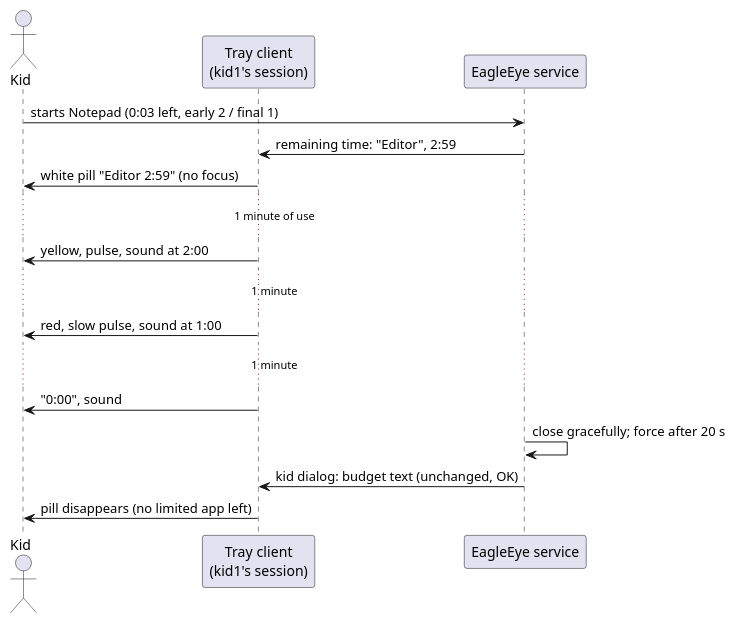
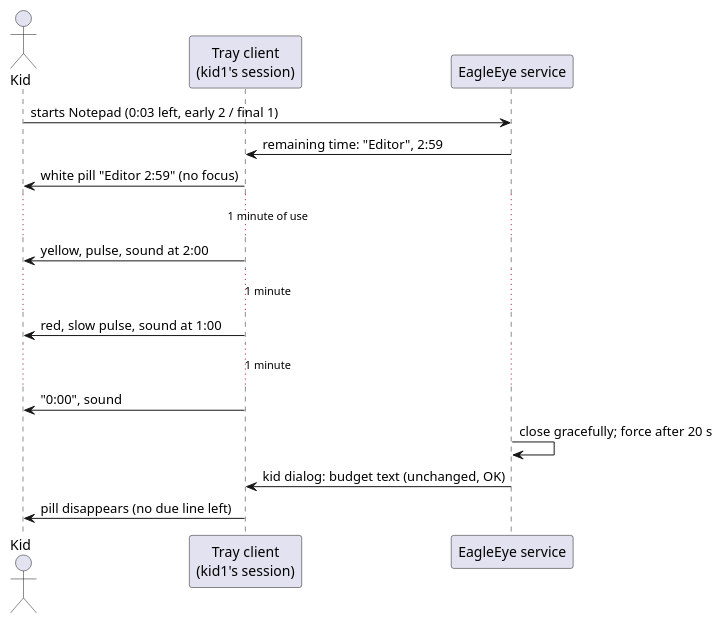
The sixth of 6 diagrams in 02_Implementation/docs/requirements/user-stories/US-010/user-story.md (adlemich/EagleEye), drawn with PlantUML before and after one commit. The commit also changed other lines of this file and 1 other file, not shown here.

````diff
--- a/02_Implementation/docs/requirements/user-stories/US-010/user-story.md
+++ b/02_Implementation/docs/requirements/user-stories/US-010/user-story.md
@@ -290,20 +306,20 @@
 ```plantuml
 @startuml
 actor Kid
 participant "Tray client\n(kid1's session)" as Tray
 participant "EagleEye service" as Svc
 
 Kid -> Svc : starts Notepad (0:03 left, early 2 / final 1)
 Svc -> Tray : remaining time: "Editor", 2:59
 Tray -> Kid : white pill "Editor 2:59" (no focus)
 ...1 minute of use...
 Tray -> Kid : yellow, pulse, sound at 2:00
 ...1 minute...
 Tray -> Kid : red, slow pulse, sound at 1:00
 ...1 minute...
 Tray -> Kid : "0:00", sound
 Svc -> Svc : close gracefully; force after 20 s
 Svc -> Tray : kid dialog: budget text (unchanged, OK)
-Tray -> Kid : pill disappears (no limited app left)
+Tray -> Kid : pill disappears (no due line left)
 @enduml
 ```
````
